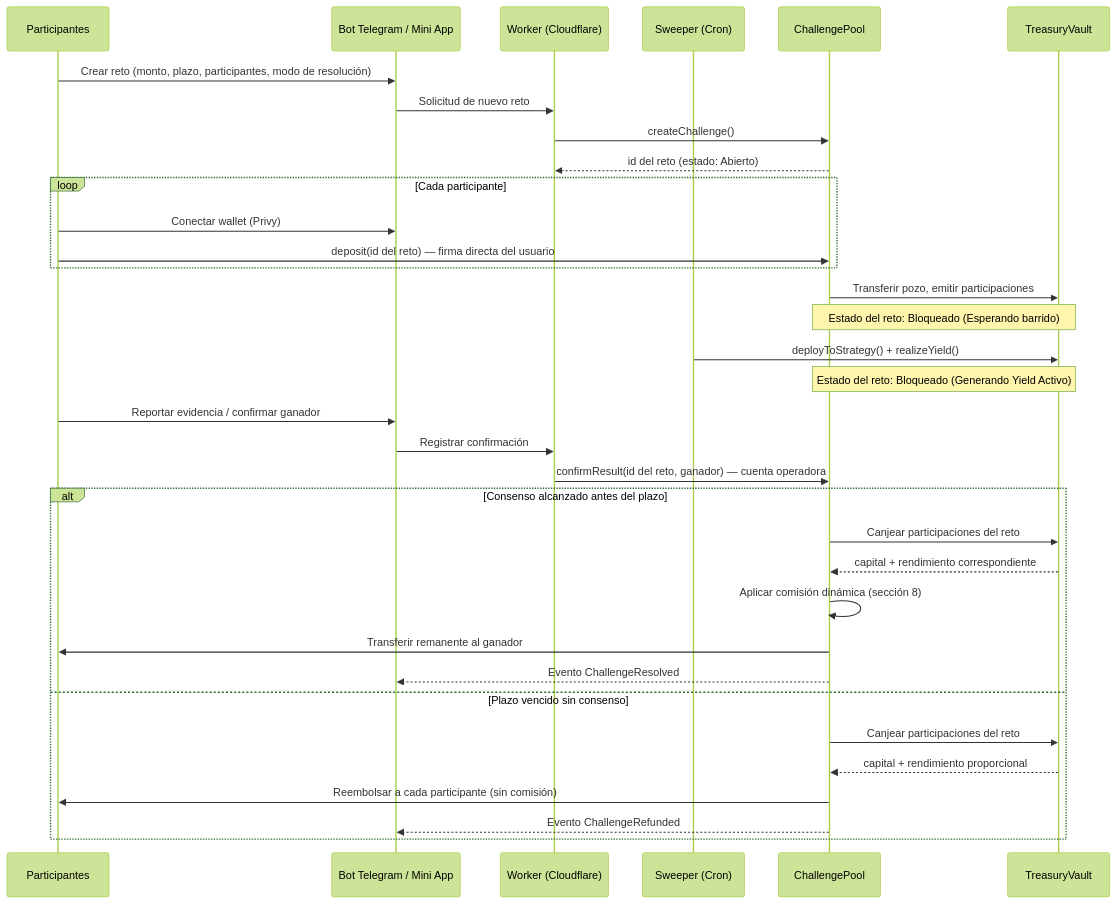
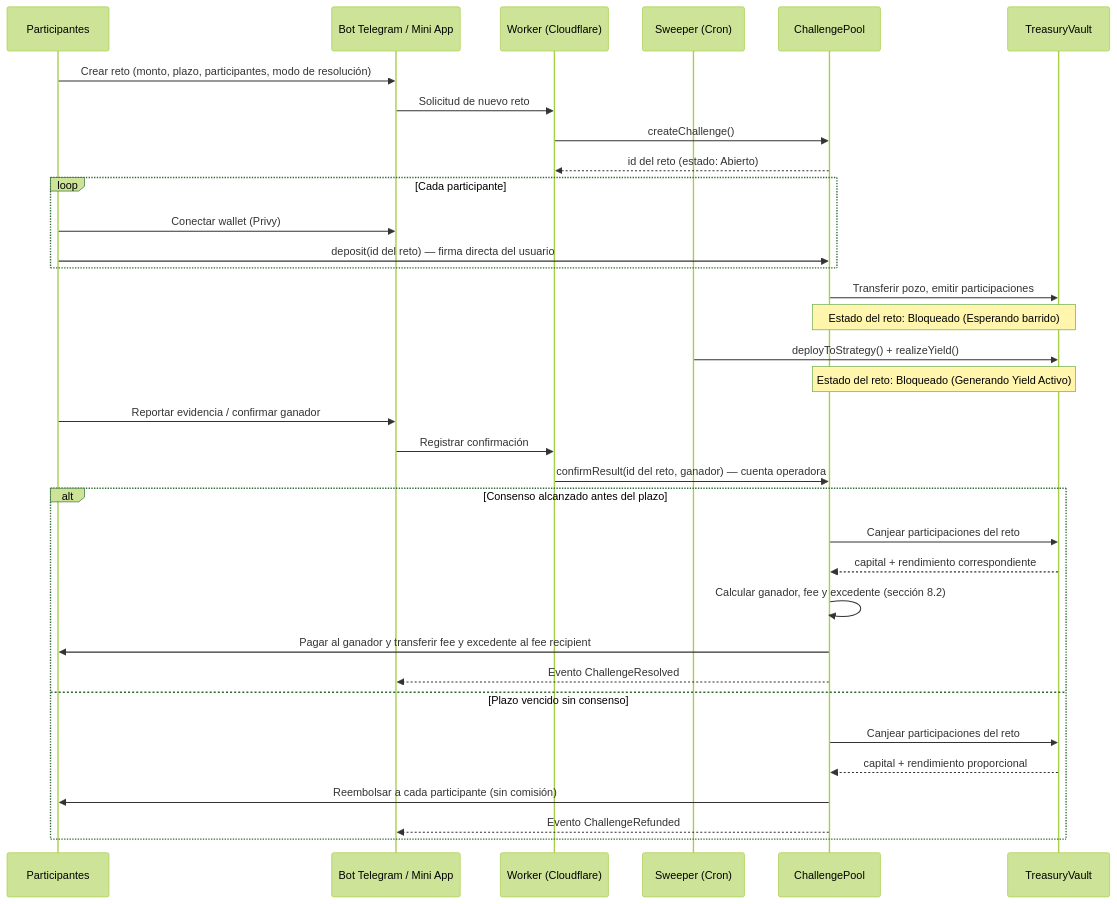
The fifth of 7 diagrams in docs/SDD.md (Zer0-Knowledge-Hack/otter-pot), drawn with Mermaid (forest theme) before and after one commit. The commit also changed other lines of this file and 1 other file, not shown here.

````diff
--- a/docs/SDD.md
+++ b/docs/SDD.md
@@ -310,42 +326,42 @@
 ```mermaid
 sequenceDiagram
     participant P as Participantes
     participant Bot as Bot Telegram / Mini App
     participant W as Worker (Cloudflare)
     participant Sweeper as Sweeper (Cron)
     participant CP as ChallengePool
     participant TV as TreasuryVault
 
     P->>Bot: Crear reto (monto, plazo, participantes, modo de resolución)
     Bot->>W: Solicitud de nuevo reto
     W->>CP: createChallenge()
     CP-->>W: id del reto (estado: Abierto)
 
     loop Cada participante
         P->>Bot: Conectar wallet (Privy)
         P->>CP: deposit(id del reto) — firma directa del usuario
     end
 
     CP->>TV: Transferir pozo, emitir participaciones
     Note over CP,TV: Estado del reto: Bloqueado (Esperando barrido)
 
     Sweeper->>TV: deployToStrategy() + realizeYield()
     Note over CP,TV: Estado del reto: Bloqueado (Generando Yield Activo)
 
     P->>Bot: Reportar evidencia / confirmar ganador
     Bot->>W: Registrar confirmación
     W->>CP: confirmResult(id del reto, ganador) — cuenta operadora
 
     alt Consenso alcanzado antes del plazo
         CP->>TV: Canjear participaciones del reto
         TV-->>CP: capital + rendimiento correspondiente
-        CP->>CP: Aplicar comisión dinámica (sección 8)
-        CP->>P: Transferir remanente al ganador
+        CP->>CP: Calcular ganador, fee y excedente (sección 8.2)
+        CP->>P: Pagar al ganador y transferir fee y excedente al fee recipient
         CP-->>Bot: Evento ChallengeResolved
     else Plazo vencido sin consenso
         CP->>TV: Canjear participaciones del reto
         TV-->>CP: capital + rendimiento proporcional
         CP->>P: Reembolsar a cada participante (sin comisión)
         CP-->>Bot: Evento ChallengeRefunded
     end
 ```
````
